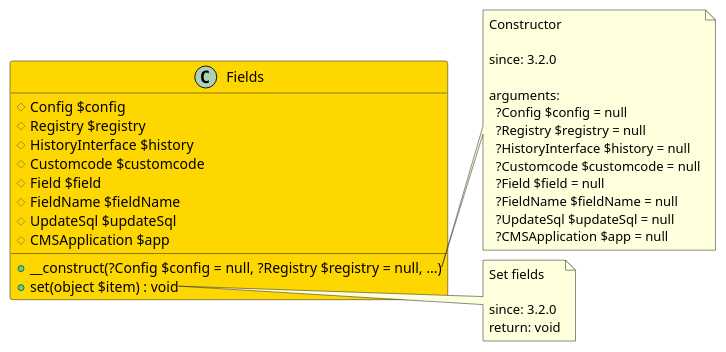
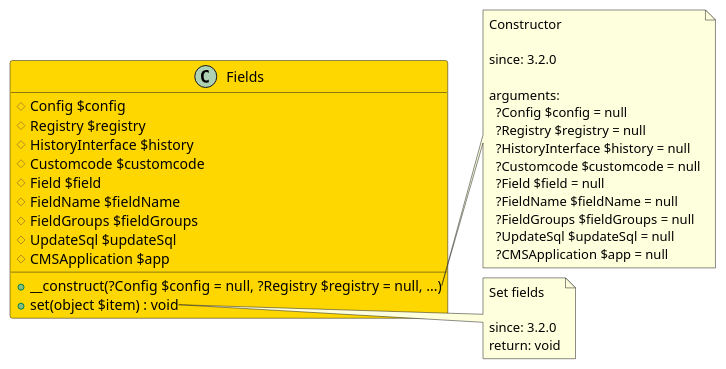
Before and after one commit to joomengine/jcb-compiler: the diagram in src/e6a64c41-405e-4bbc-9722-27402c22bbea/README.md, drawn with PlantUML. The commit also changed 725 other files, not shown here.

````diff
--- a/src/e6a64c41-405e-4bbc-9722-27402c22bbea/README.md
+++ b/src/e6a64c41-405e-4bbc-9722-27402c22bbea/README.md
@@ -11,40 +11,42 @@
 ```uml
 @startuml
 class Fields  #Gold {
   # Config $config
   # Registry $registry
   # HistoryInterface $history
   # Customcode $customcode
   # Field $field
   # FieldName $fieldName
+  # FieldGroups $fieldGroups
   # UpdateSql $updateSql
   # CMSApplication $app
   + __construct(?Config $config = null, ?Registry $registry = null, ...)
   + set(object $item) : void
 }
 
 note right of Fields::__construct
   Constructor
 
   since: 3.2.0
   
   arguments:
     ?Config $config = null
     ?Registry $registry = null
     ?HistoryInterface $history = null
     ?Customcode $customcode = null
     ?Field $field = null
     ?FieldName $fieldName = null
+    ?FieldGroups $fieldGroups = null
     ?UpdateSql $updateSql = null
     ?CMSApplication $app = null
 end note
 
 note right of Fields::set
   Set fields
 
   since: 3.2.0
   return: void
 end note
  
 @enduml
 ```
````
